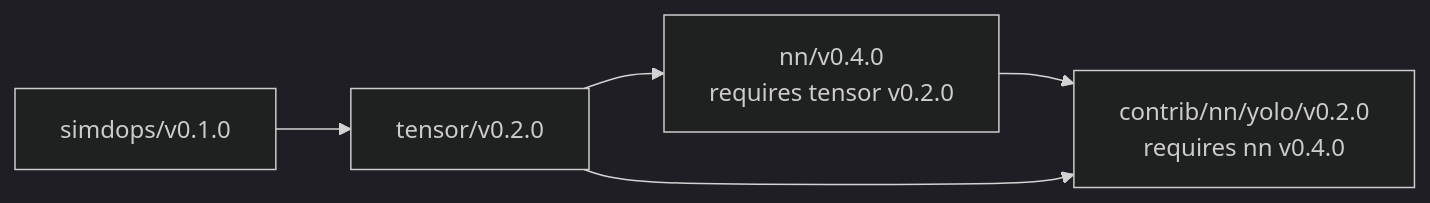
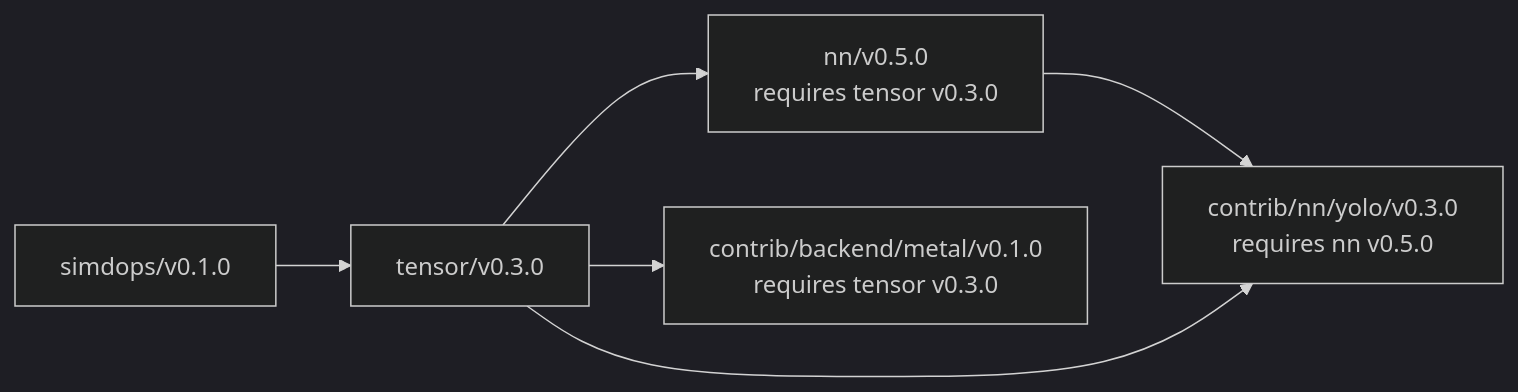
The first of 2 diagrams in docs/releasing.md (bpradana/goml), drawn with Mermaid (dark theme) before and after one commit. The commit also changed other lines of this file and 12 other files, not shown here.

````diff
--- a/docs/releasing.md
+++ b/docs/releasing.md
@@ -15,7 +15,8 @@
 ```mermaid
 flowchart LR
-    SIMD["simdops/v0.1.0"] --> Tensor["tensor/v0.2.0"]
-    Tensor --> NN["nn/v0.4.0<br/>requires tensor v0.2.0"]
-    NN --> YOLO["contrib/nn/yolo/v0.2.0<br/>requires nn v0.4.0"]
+    SIMD["simdops/v0.1.0"] --> Tensor["tensor/v0.3.0"]
+    Tensor --> NN["nn/v0.5.0<br/>requires tensor v0.3.0"]
+    NN --> YOLO["contrib/nn/yolo/v0.3.0<br/>requires nn v0.5.0"]
     Tensor --> YOLO
+    Tensor --> Metal["contrib/backend/metal/v0.1.0<br/>requires tensor v0.3.0"]
 ```
````
